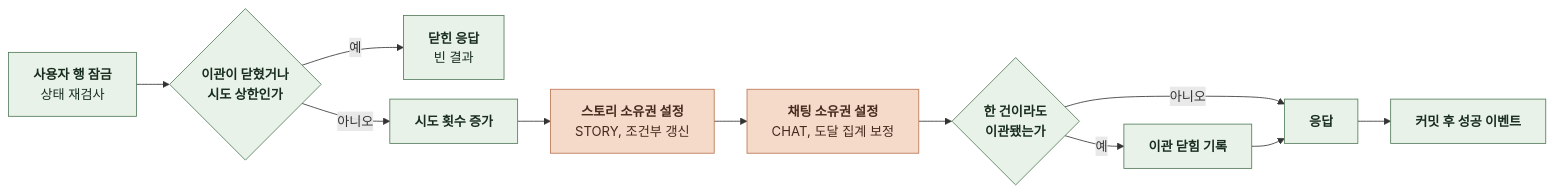
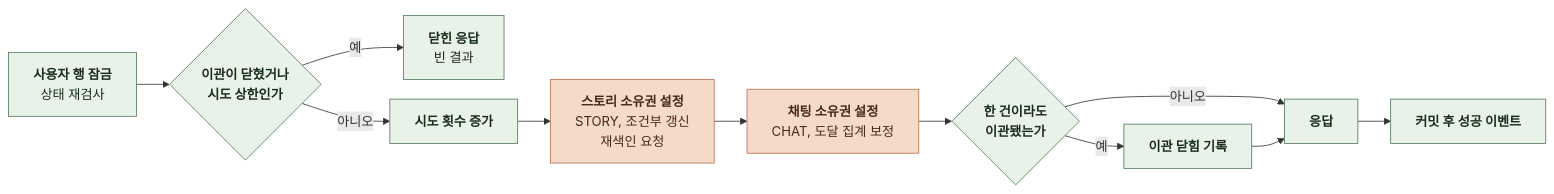
The ninth of 15 diagrams in docs/domain/ACCOUNT/BACKEND/4-1-PIPELINES.md (KIM-N-KANG/knk-harness), drawn with Mermaid before and after one commit. The commit also changed other lines of this file and 12 other files, not shown here.

````diff
--- a/docs/domain/ACCOUNT/BACKEND/4-1-PIPELINES.md
+++ b/docs/domain/ACCOUNT/BACKEND/4-1-PIPELINES.md
@@ -294,24 +294,25 @@
 ```mermaid
 %%{init: {"flowchart": {"curve": "basis", "nodeSpacing": 24, "rankSpacing": 40}}}%%
 flowchart LR
     A["`**사용자 행 잠금**
 상태 재검사`"] --> B{"`**이관이 닫혔거나
 시도 상한인가**`"}
     B -->|예| C["`**닫힌 응답**
 빈 결과`"]
     B -->|아니오| D["`**시도 횟수 증가**`"]
     D --> E["`**스토리 소유권 설정**
-STORY, 조건부 갱신`"]
+STORY, 조건부 갱신
+재색인 요청`"]
     E --> F["`**채팅 소유권 설정**
 CHAT, 도달 집계 보정`"]
     F --> G{"`**한 건이라도
 이관됐는가**`"}
     G -->|예| H["`**이관 닫힘 기록**`"]
     G -->|아니오| I["`**응답**`"]
     H --> I
     I --> J["`**커밋 후 성공 이벤트**`"]
     classDef comp fill:#E8F2E8,stroke:#527A59,color:#182D1D
     classDef task fill:#F5D9C9,stroke:#B97450,color:#452B1D
     class A,B,C,D,G,H,I,J comp
     class E,F task
 ```
````
